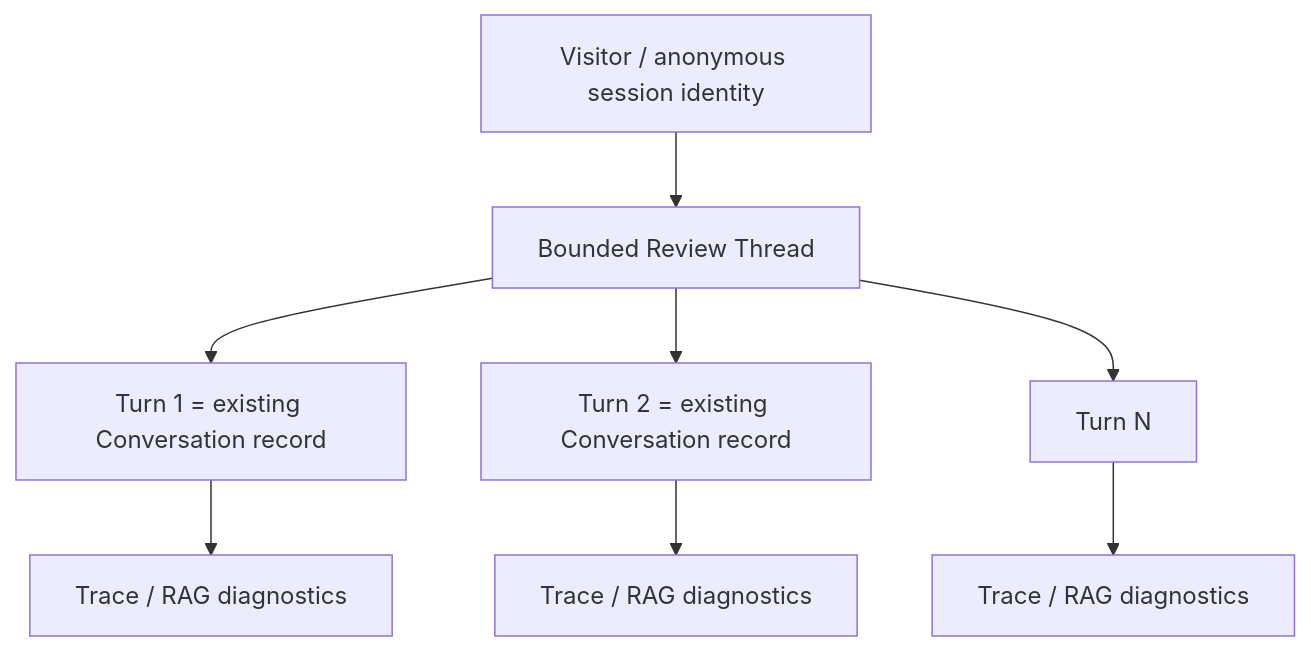
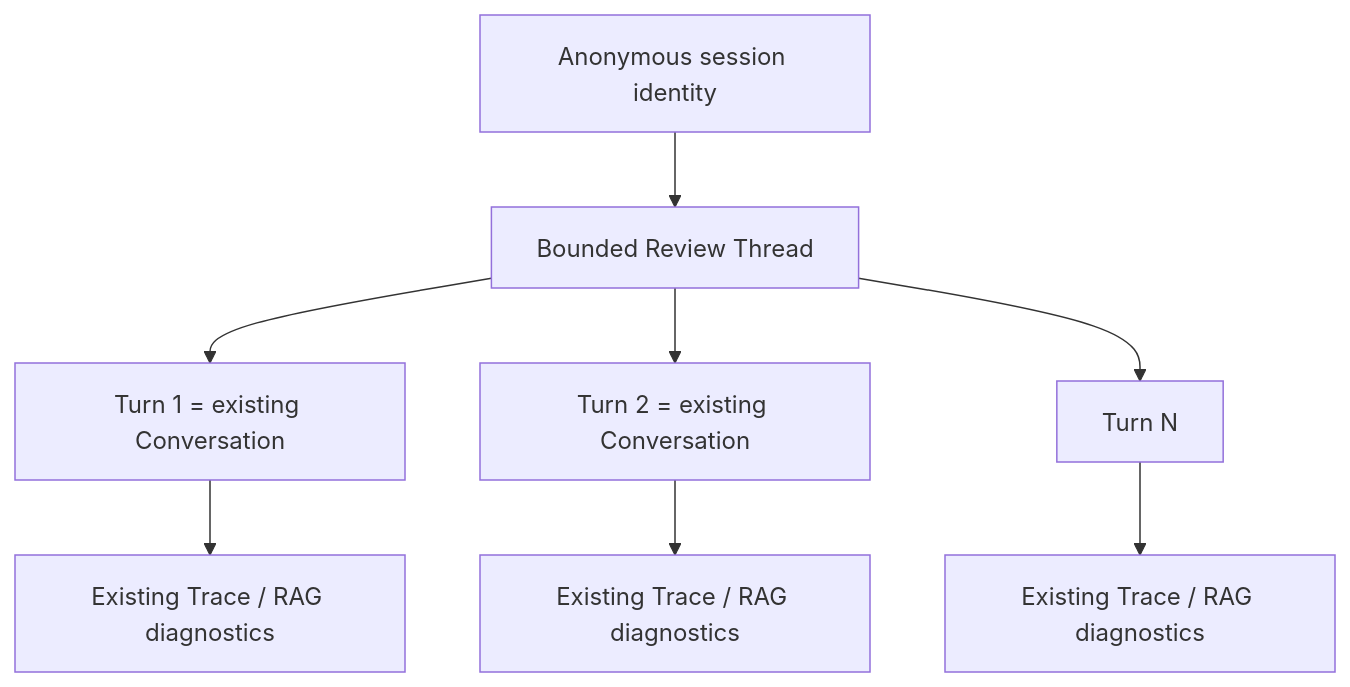
Before and after one commit to harryhua-ai/ask-ai: the diagram in docs/engineering/tasks/CONVERSATION-REVIEW-PRODUCT-UI-CONTRACT-20260917.md, drawn with Mermaid. The commit also changed other lines of this file, not shown here.

Commit message:
docs: correct Conversation Review UI contract to current baseline

````diff
--- a/docs/engineering/tasks/CONVERSATION-REVIEW-PRODUCT-UI-CONTRACT-20260917.md
+++ b/docs/engineering/tasks/CONVERSATION-REVIEW-PRODUCT-UI-CONTRACT-20260917.md
@@ -139,10 +162,10 @@
 ```mermaid
 flowchart TD
-    V[Visitor / anonymous session identity] --> T[Bounded Review Thread]
-    T --> U1[Turn 1 = existing Conversation record]
-    T --> U2[Turn 2 = existing Conversation record]
-    T --> U3[Turn N]
-    U1 --> R1[Trace / RAG diagnostics]
-    U2 --> R2[Trace / RAG diagnostics]
-    U3 --> R3[Trace / RAG diagnostics]
+    V[Anonymous session identity] --> T[Bounded Review Thread]
+    T --> U1[Turn 1 = existing Conversation]
+    T --> U2[Turn 2 = existing Conversation]
+    T --> UN[Turn N]
+    U1 --> R1[Existing Trace / RAG diagnostics]
+    U2 --> R2[Existing Trace / RAG diagnostics]
+    UN --> RN[Existing Trace / RAG diagnostics]
 ```
````
